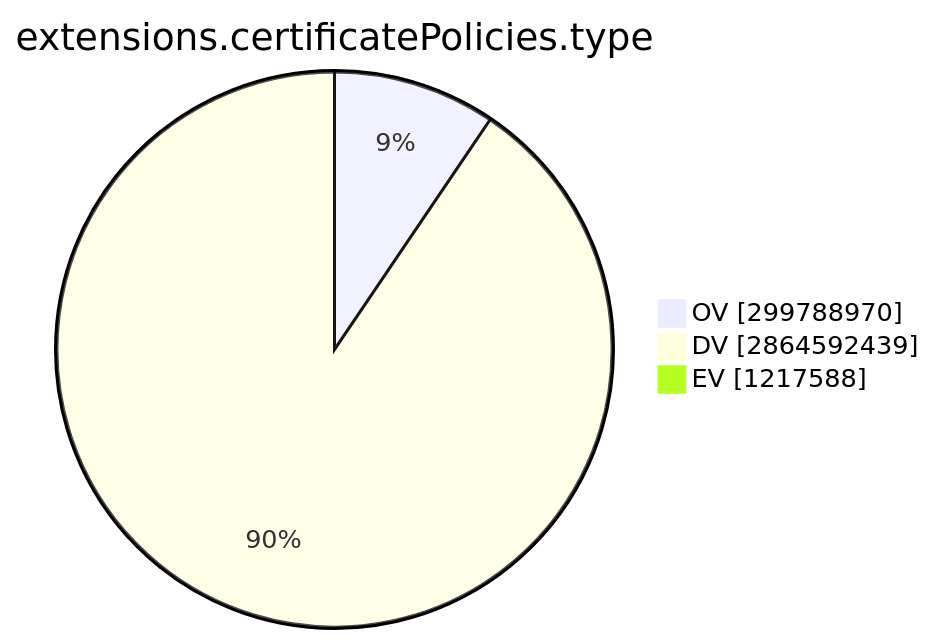
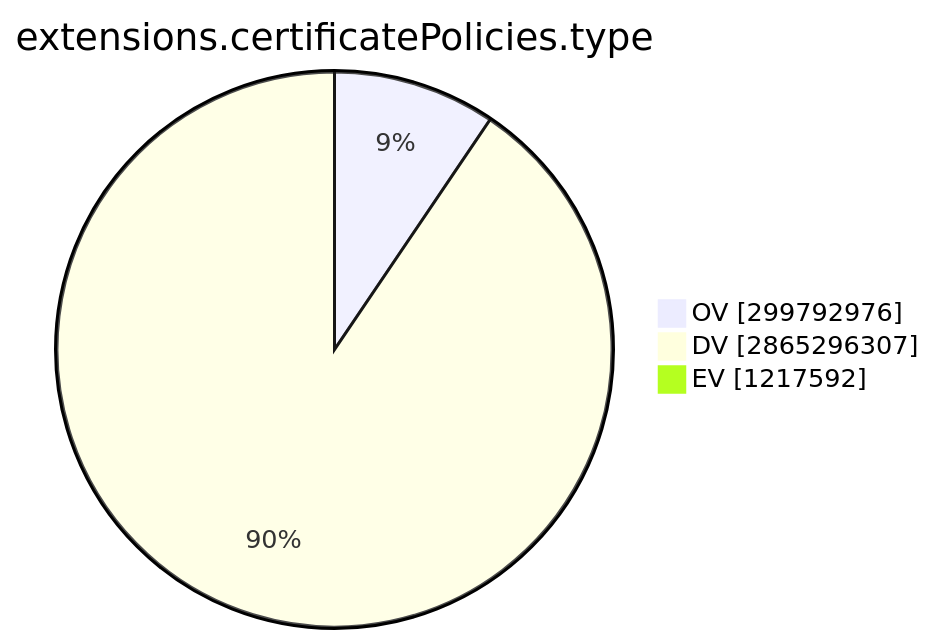
One commit to christiankrug/ctmonitor_visualization changed the ninth of 15 diagrams in TOTAL/README.md. Above: the diagram before and after it, drawn with Mermaid. The commit also changed other lines of this file, not shown here.

````diff
--- a/TOTAL/README.md
+++ b/TOTAL/README.md
@@ -3101,7 +3101,7 @@
 ```mermaid
 pie showData
 title extensions.certificatePolicies.type
-"OV" :299788970
-"DV" :2864592439
-"EV" :1217588
+"OV" :299792976
+"DV" :2865296307
+"EV" :1217592
 ```
````
